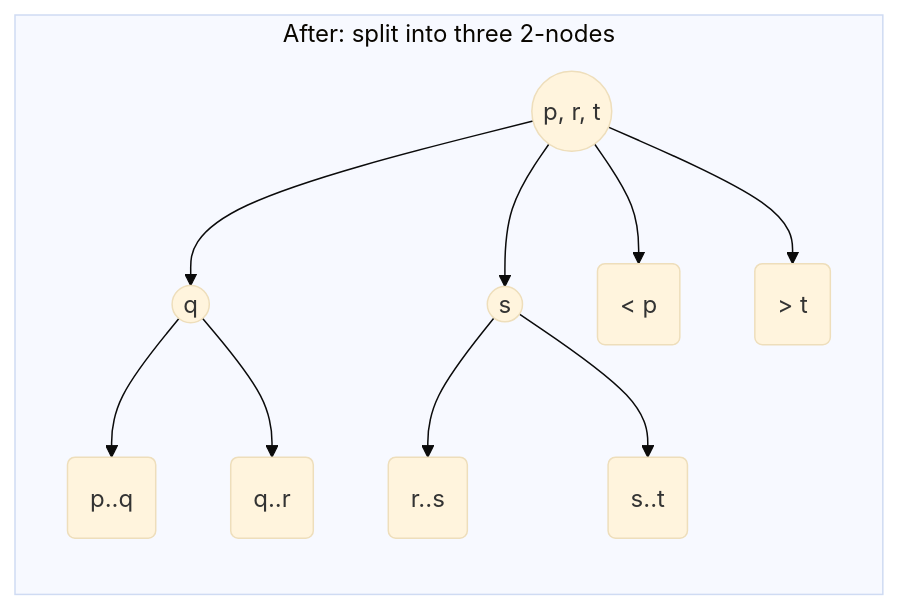
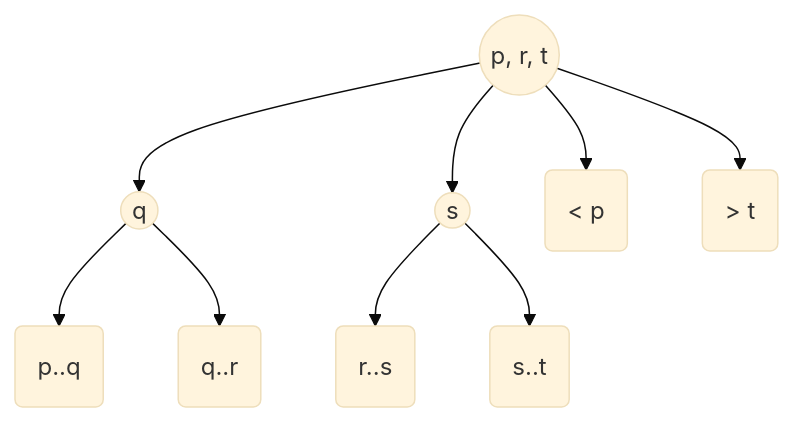
One commit to tmtxt/tmtxt.github.com changed the fourth of 10 diagrams in _drafts/2018-09-24-2-3-search-trees.md. Above: the diagram before and after it, drawn with Mermaid (base theme). The commit also changed other lines of this file, not shown here.

```diff
--- a/_drafts/2018-09-24-2-3-search-trees.md
+++ b/_drafts/2018-09-24-2-3-search-trees.md
@@ -163,14 +164,11 @@
 <div class="mermaid">
 graph TD
-  subgraph After["After: split into three 2-nodes"]
-    direction TB
-    PRT(("p, r, t")) --> Q((q))
-    PRT --> S((s))
-    PRT --> M1("&lt; p")
-    PRT --> M6("&gt; t")
-    Q --> M2("p..q")
-    Q --> M3("q..r")
-    S --> M4("r..s")
-    S --> M5("s..t")
-  end
+  PRT(("p, r, t")) --> Q((q))
+  PRT --> S((s))
+  PRT --> M1("&lt; p")
+  PRT --> M6("&gt; t")
+  Q --> M2("p..q")
+  Q --> M3("q..r")
+  S --> M4("r..s")
+  S --> M5("s..t")
 </div>
```
